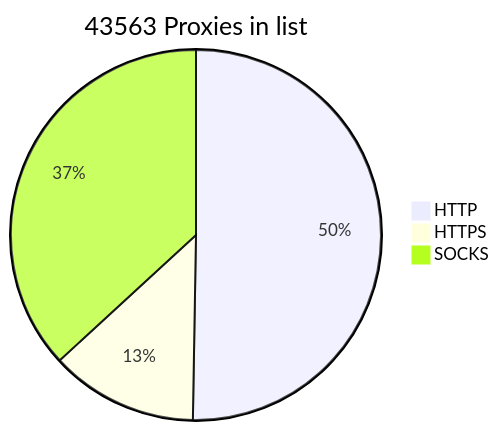
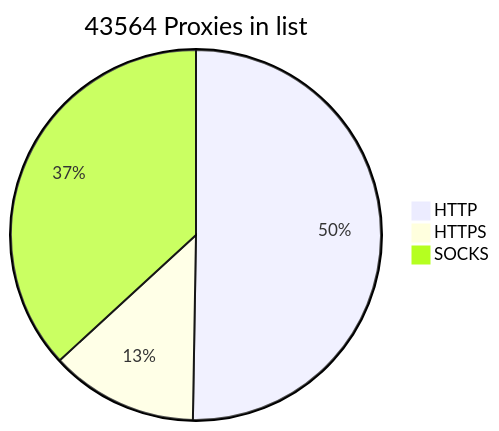
Before and after one commit to BlackSnowDot/proxylist-update-every-minute: the diagram in README.md, drawn with Mermaid.

````diff
--- a/README.md
+++ b/README.md
@@ -2,6 +2,6 @@
 ```mermaid
-pie title 43563 Proxies in list
+pie title 43564 Proxies in list
     "HTTP" : 24378
     "HTTPS": 6255
-    "SOCKS" : 17862
+    "SOCKS" : 17863
 ```
````
